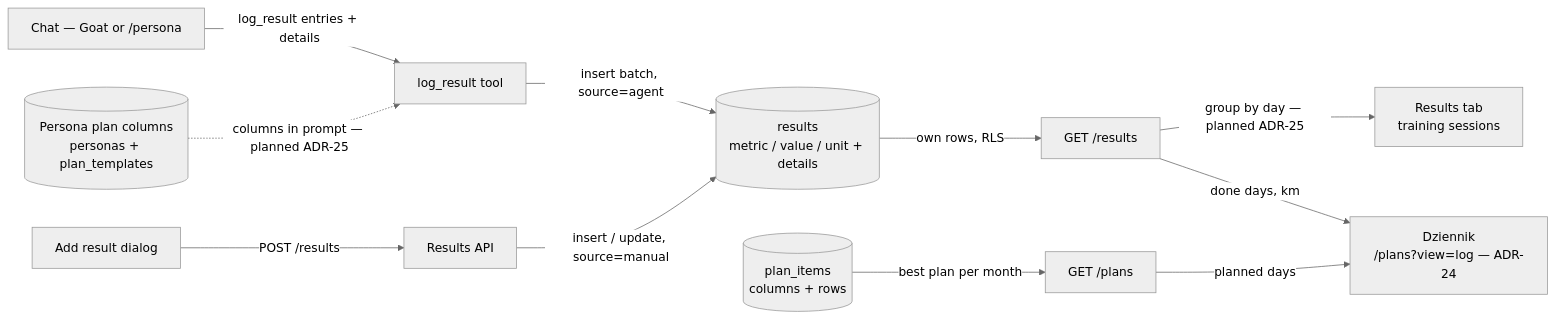
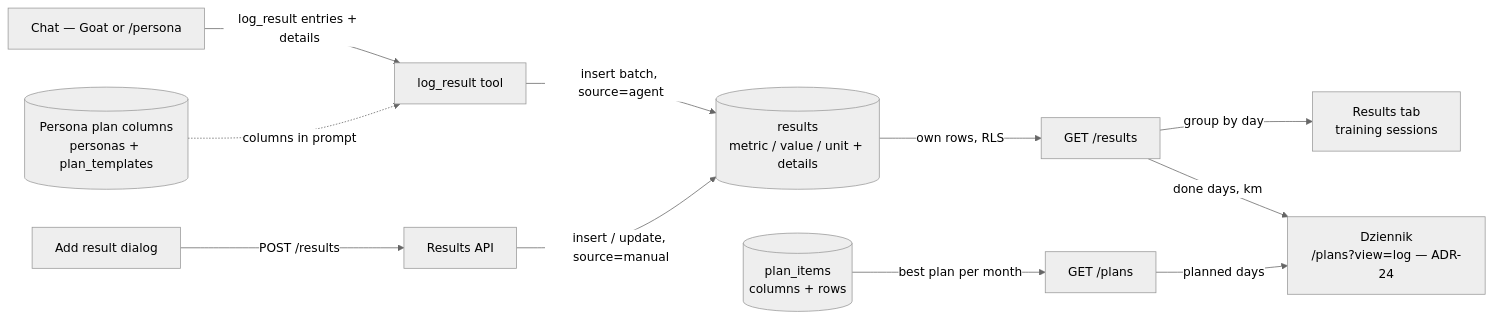
One commit to fifmazurkiewicz/goat changed the diagram in docs/diagrams/flow-results-and-adherence.md. Above: the diagram before and after it, drawn with Mermaid (neutral theme). The commit also changed other lines of this file and 11 other files, not shown here.

First line of the commit message:
docs: ADR-25 implemented — results details, session list

````diff
--- a/docs/diagrams/flow-results-and-adherence.md
+++ b/docs/diagrams/flow-results-and-adherence.md
@@ -5,13 +5,13 @@
 ```mermaid
 flowchart LR
     chat[Chat — Goat or /persona] -->|log_result entries + details| tool[log_result tool]
-    cols[(Persona plan columns\npersonas + plan_templates)] -.->|columns in prompt — planned ADR-25| tool
+    cols[(Persona plan columns\npersonas + plan_templates)] -.->|columns in prompt| tool
     manual[Add result dialog] -->|POST /results| api[Results API]
     tool -->|insert batch, source=agent| results[(results\nmetric / value / unit + details)]
     api -->|insert / update, source=manual| results
     planItems[(plan_items\ncolumns + rows)] -->|best plan per month| getPlans[GET /plans]
     results -->|own rows, RLS| getResults[GET /results]
-    getResults -->|group by day — planned ADR-25| sessions[Results tab\ntraining sessions]
+    getResults -->|group by day| sessions[Results tab\ntraining sessions]
     getResults -->|done days, km| log[Dziennik\n/plans?view=log — ADR-24]
     getPlans -->|planned days| log
 ```
````
